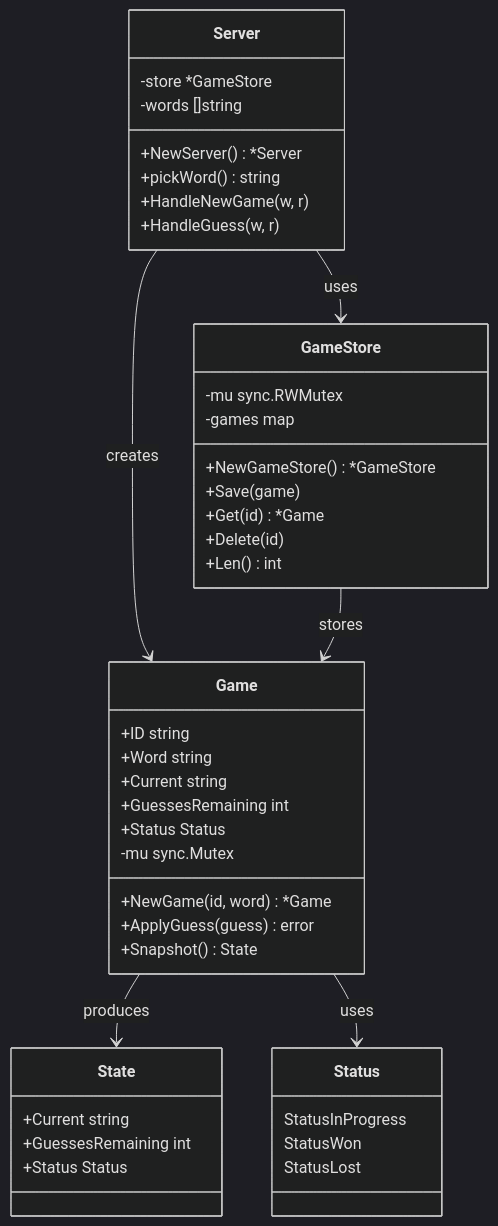
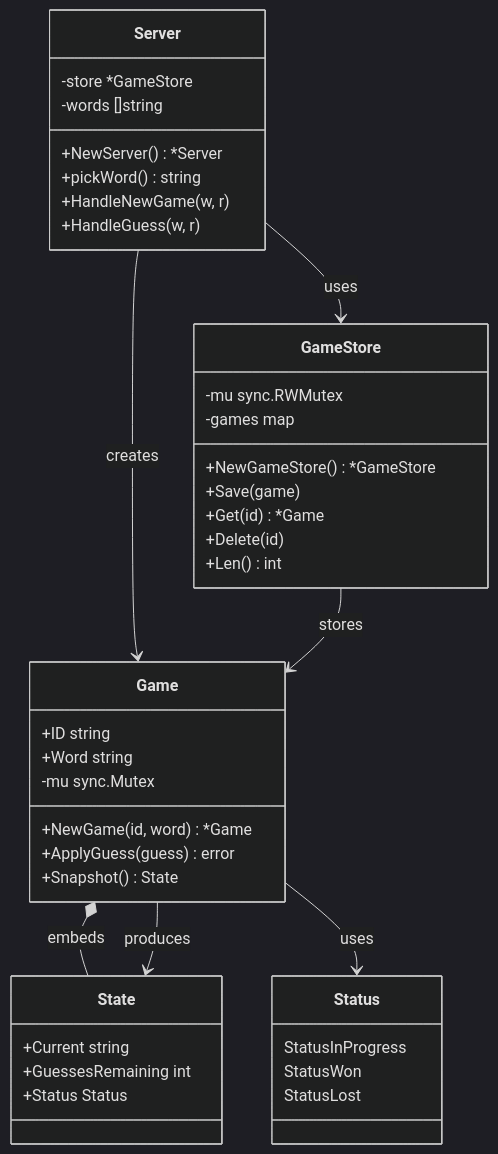
The first of 3 diagrams in code-structure.md (ajitm722/wordgame), drawn with Mermaid (dark theme) before and after one commit. The commit also changed 5 other files, not shown here.

Commit message:
Embedding status inside Game struct

````diff
--- a/code-structure.md
+++ b/code-structure.md
@@ -9,51 +9,50 @@
 ```mermaid
 classDiagram
     class Server {
         -store *GameStore
         -words []string
         +NewServer() *Server
         +pickWord() string
         +HandleNewGame(w, r)
         +HandleGuess(w, r)
     }
 
     class GameStore {
         -mu sync.RWMutex
         -games map
         +NewGameStore() *GameStore
         +Save(game) 
         +Get(id) *Game
         +Delete(id)
         +Len() int
     }
 
     class Game {
         +ID string
         +Word string
-        +Current string
-        +GuessesRemaining int
-        +Status Status
         -mu sync.Mutex
         +NewGame(id, word) *Game
         +ApplyGuess(guess) error
         +Snapshot() State
     }
 
     class State {
         +Current string
         +GuessesRemaining int
         +Status Status
     }
+
+    Game *-- State : embeds
 
     class Status {
         StatusInProgress
         StatusWon
         StatusLost
     }
 
     Server --> GameStore : uses
     Server --> Game : creates
     GameStore --> Game : stores
     Game --> State : produces
     Game --> Status : uses
 ```
````
